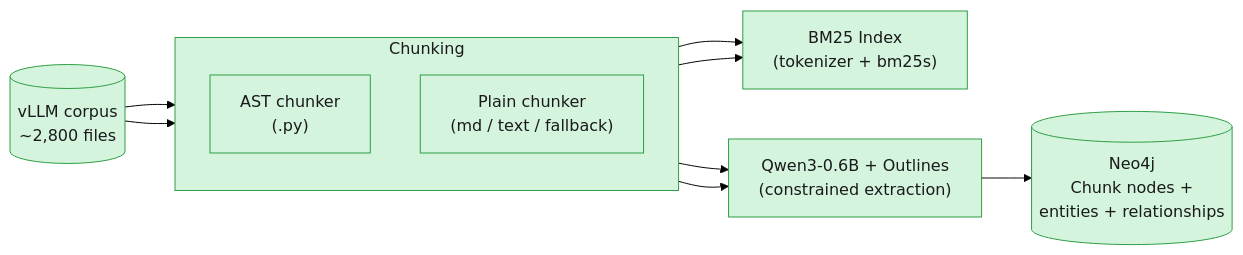
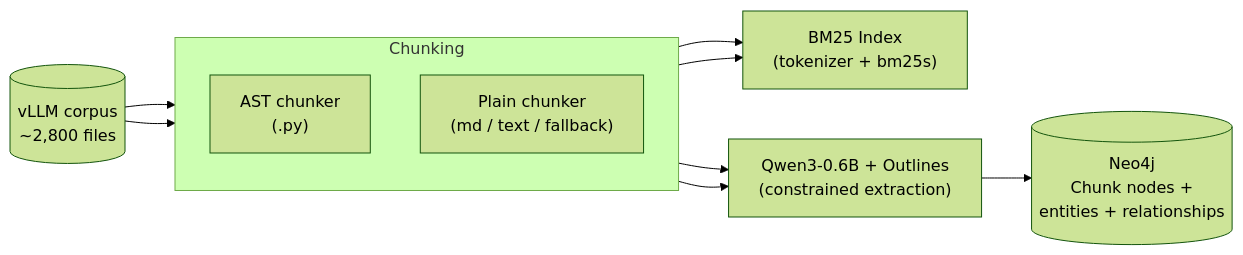
The first of 2 diagrams in README.md (DimYiannis/Constrained-GraphRag), drawn with Mermaid (forest theme) before and after one commit. The commit also changed other lines of this file, not shown here.

````diff
--- a/README.md
+++ b/README.md
@@ -50,27 +50,23 @@
 ```mermaid
 flowchart LR
     corpus[("vLLM corpus<br/>~2,800 files")]
 
     subgraph chunking["Chunking"]
         direction TB
         ast["AST chunker<br/>(.py)"]
         plain["Plain chunker<br/>(md / text / fallback)"]
     end
 
     bm25["BM25 Index<br/>(tokenizer + bm25s)"]
     qwen["Qwen3-0.6B + Outlines<br/>(constrained extraction)"]
     neodb[("Neo4j<br/>Chunk nodes +<br/>entities + relationships")]
 
     corpus --> ast
     corpus --> plain
     ast --> bm25
     plain --> bm25
     ast --> qwen
     plain --> qwen
     qwen --> neodb
 
-    classDef done fill:#d4f4dd,stroke:#2f9e44,color:#1a1a1a;
-    classDef planned fill:#f1f3f5,stroke:#adb5bd,color:#495057,stroke-dasharray: 5 5;
-
-    class corpus,chunking,ast,plain,bm25,qwen,neodb done;
 ```
````
